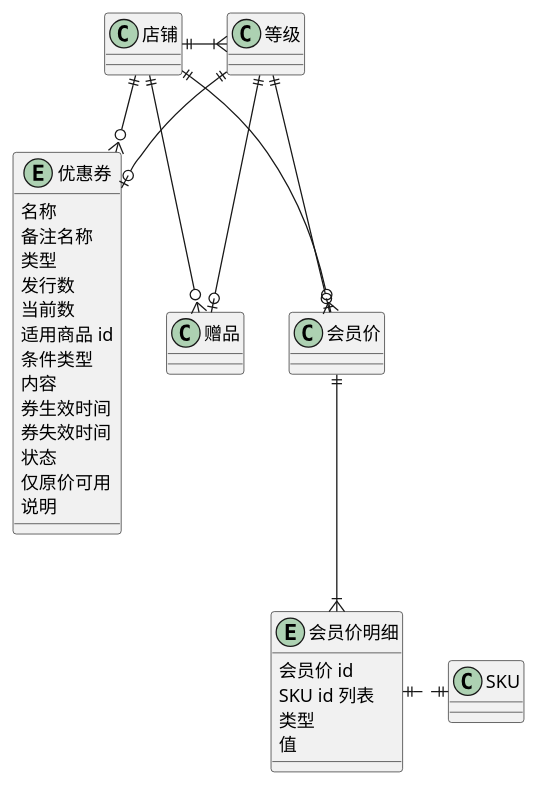
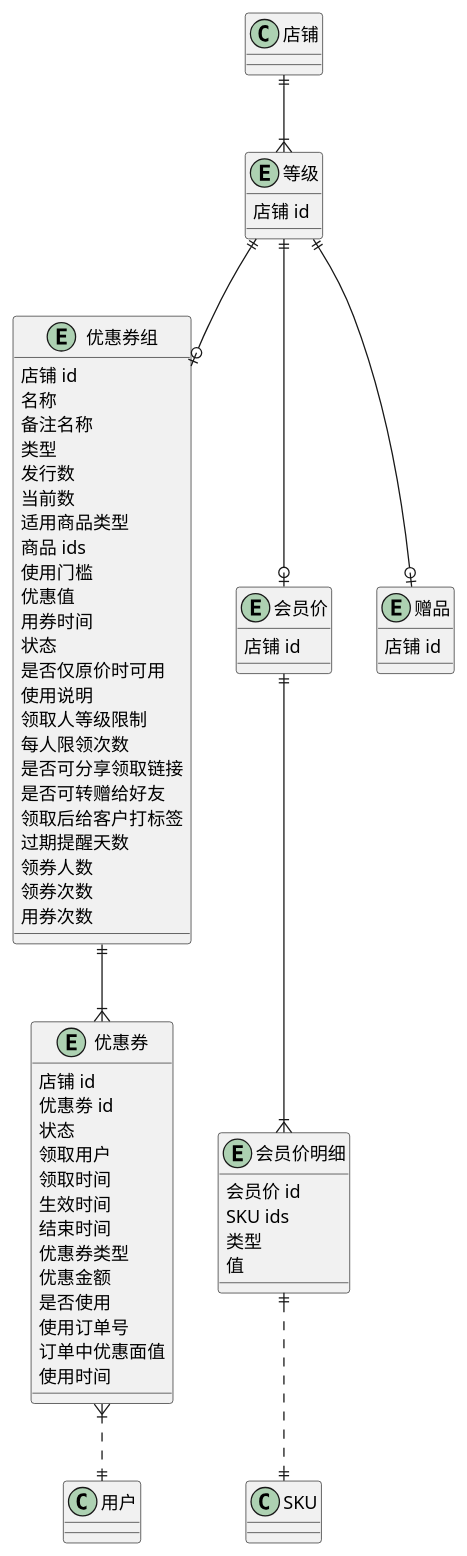
One commit to awesomecat2020/mock-mall changed the diagram in 营销.wsd. Above: the diagram before and after it, drawn with PlantUML. The commit also changed 1 other file, not shown here.

Commit message:
优惠券

```diff
--- a/营销.wsd
+++ b/营销.wsd
@@ -1,44 +1,114 @@
 @startuml 营销UML
 
-entity 优惠券 {
+entity 等级 {
+    店铺 id
+}
+entity 优惠券组 {
+    店铺 id
+    ' 不为空
     名称
     备注名称
-    ' 满减券/折扣券/随机金额券/兑换商品券
+    ' 满减券/折扣券/随机金额券/兑换商品券，不为空
     类型
+    ' 总库存，不为空
     发行数
+    ' 剩余库存，不为空
     当前数
-    适用商品 id
-    ' 什么条件可用（json）
-    条件类型
-    ' 不同类型内容不同（json）
-    内容
-    券生效时间
-    券失效时间
-    ' 未开始/进行中/已结束
+    ' 全部可用/指定可用/指定不可用，不为空
+    适用商品类型
+    ' 不为空
+    商品 ids
+    ' 不为空
+    ' {
+    '   类型：无门槛/订单价/订单数
+    '   value1：
+    ' }
+    使用门槛
+    ' 不同类型优惠值不同，不为空
+    ' {
+    '   类型：打折/满减/随机 a~b
+    '   value1：
+    '   value2：
+    ' }
+    优惠值
+    ' 不为空
+    ' {
+    '   类型：固定时间/领券 a 天后生效有效期 b 天
+    '   value1：
+    '   value2：
+    '   ......
+    ' }
+    用券时间
+    ' 未开始/进行中（有效）/已结束（过期）/已删除，不为空
     状态
-    仅原价可用
-    说明
+    是否仅原价时可用
+    ' 自动生成，可修改
+    使用说明
+    ' 不为空
+    ' -1：不限制所有人可领
+    ' >-1：等级 id，逗号分隔
+    领取人等级限制
+    ' 不为空
+    ' -1：不限次数
+    ' >-1：n 次
+    每人限领次数
+    是否可分享领取链接
+    是否可转赠给好友
+    ' 标签 ids
+    领取后给客户打标签
+    ' -1：不提醒
+    ' >-1：天数
+    过期提醒天数
+    领券人数
+    领券次数
+    用券次数
+}
+entity 优惠券 {
+    店铺 id
+    优惠劵 id
+    ' 1-生效中
+    ' 3-已过期
+    ' 4-已删除
+    ' 5-已使用
+    状态
+    领取用户
+    领取时间
+    ' 根据优惠券组的用券时间生成
+    生效时间
+    结束时间
+    ' 根据优惠券组的优惠值生成
+    优惠券类型
+    优惠金额
+    是否使用
+    使用订单号
+    订单中优惠面值
+    使用时间
+}
+entity 会员价 {
+    店铺 id
 }
 entity 会员价明细 {
     会员价 id
-    SKU id 列表
+    SKU ids
     ' 指定价/打折/减价
     类型
     值
 }
+entity 赠品 {
+    店铺 id
+}
 
-店铺 ||--o{ 赠品
-店铺 ||--o{ 优惠券
-店铺 ||--o{ 会员价
-
-店铺 ||-|{ 等级
+店铺 ||--|{ 等级
 等级 ||--o| 赠品
-等级 ||--o| 优惠券
+等级 ||--o| 优惠券组
 等级 ||--o| 会员价
 
+优惠券组 ||--|{ 优惠券
+优惠券 }|..|| 用户
+
 会员价 ||--|{ 会员价明细
-会员价明细 ||.|| SKU
+会员价明细 ||..|| SKU
 
 ' 权益
 
 @enduml
```
